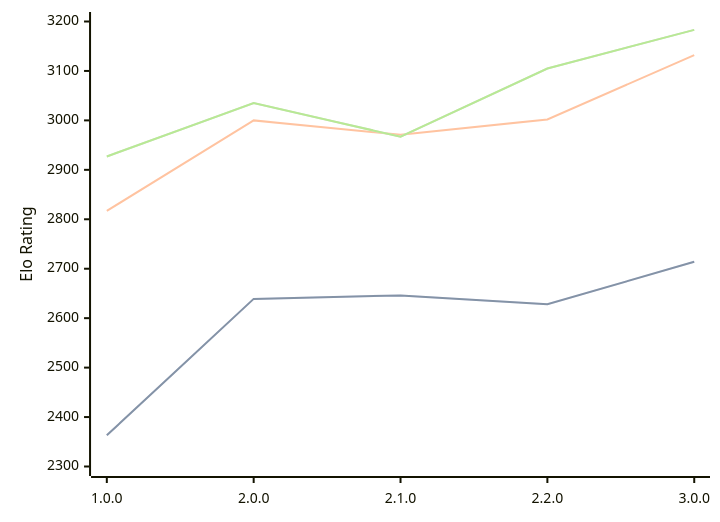
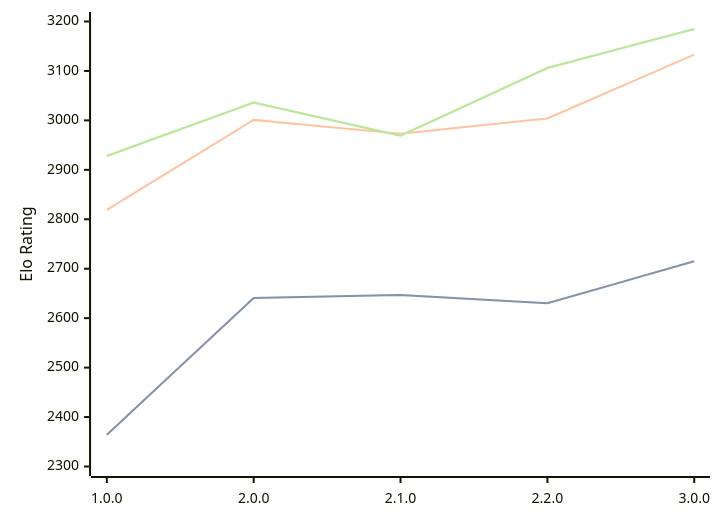
One commit to computer-chess-index/cci changed the diagram in engines/Catalyst.md. Above: the diagram before and after it, drawn with Mermaid. The commit also changed other lines of this file, not shown here.

Commit message:
Update CCI Ratings (ELO VLTC) - 2026-05-16

````diff
--- a/engines/Catalyst.md
+++ b/engines/Catalyst.md
@@ -35,11 +35,11 @@
 ```mermaid
 %%{init: {"theme":"base","themeVariables":{"seriesColors:['#a3a3a3','#222221','#faa371']}}}%%
 xychart-beta
   x-axis ["1.0.0", "2.0.0", "2.1.0", "2.2.0", "3.0.0"]
   y-axis "Elo Rating" 2300 --> 3200
-  line "STC (8.0+0.08s)" [2363, 2639, 2646, 2628, 2714]
-  line "STC (8.0+0.08s)" [2363, 2639, 2646, 2628, 2714]
-  line "LTC (60.0+0.60s)" [2817, 3000, 2971, 3002, 3132]
-  line "VLTC (2m24s+1.12s)" [2927, 3035, 2967, 3105, 3183]
-  line "VLTC (2m24s+1.12s)" [2927, 3035, 2967, 3105, 3183]
+  line "STC (8.0+0.08s)" [2364, 2641, 2647, 2630, 2715]
+  line "STC (8.0+0.08s)" [2364, 2641, 2647, 2630, 2715]
+  line "LTC (60.0+0.60s)" [2819, 3001, 2973, 3004, 3133]
+  line "VLTC (2m24s+1.12s)" [2928, 3036, 2969, 3106, 3185]
+  line "VLTC (2m24s+1.12s)" [2928, 3036, 2969, 3106, 3185]
 ```
````
